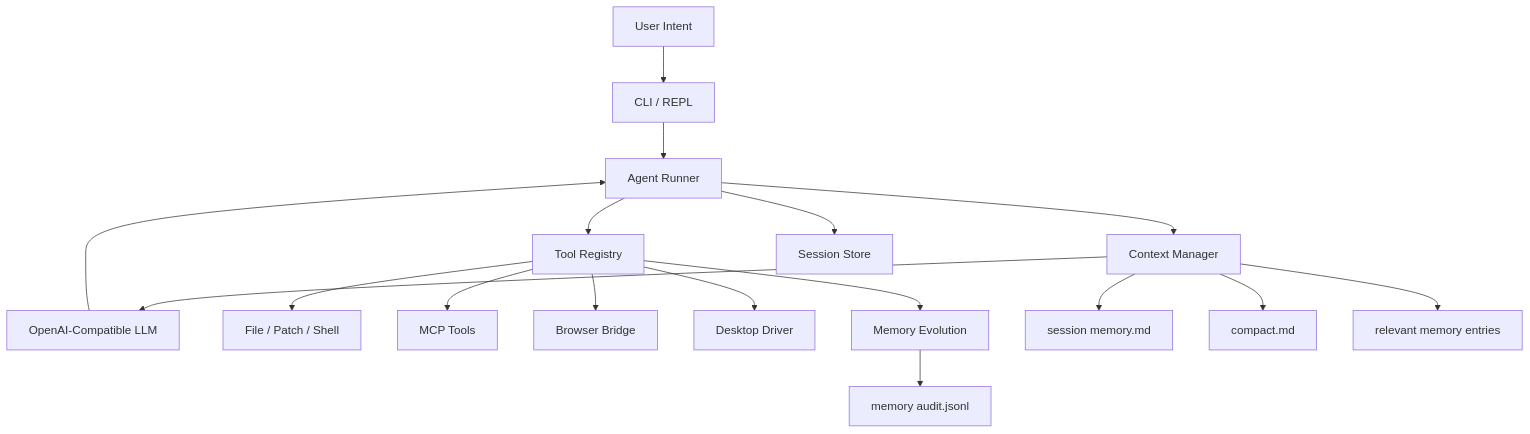
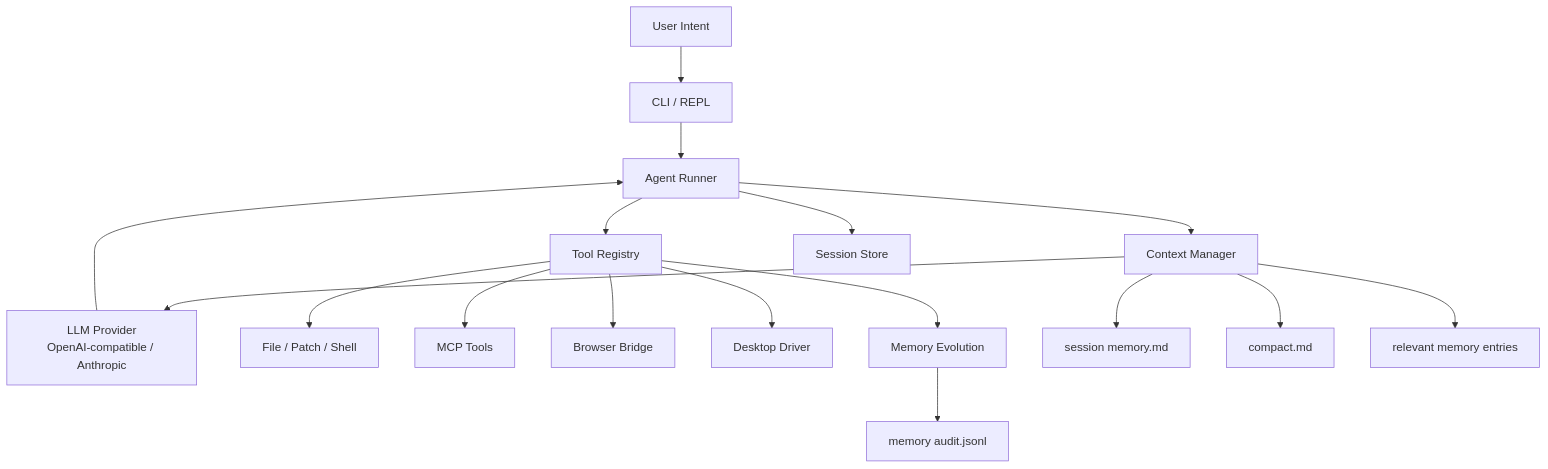
The diagram in README.md (congchuanling-dot/Cohort), drawn with Mermaid before and after one commit. The commit also changed other lines of this file, not shown here.

````diff
--- a/README.md
+++ b/README.md
@@ -225,19 +231,19 @@
 ```mermaid
 flowchart TD
     U[User Intent] --> R[CLI / REPL]
     R --> A[Agent Runner]
     A --> C[Context Manager]
-    C --> L[OpenAI-Compatible LLM]
+    C --> L[LLM Provider<br/>OpenAI-compatible / Anthropic]
     L --> A
     A --> T[Tool Registry]
     T --> F[File / Patch / Shell]
     T --> M[MCP Tools]
     T --> B[Browser Bridge]
     T --> D[Desktop Driver]
     T --> E[Memory Evolution]
     A --> S[Session Store]
     C --> SM[session memory.md]
     C --> CP[compact.md]
     C --> LM[relevant memory entries]
     E --> AUD[memory audit.jsonl]
 ```
````
